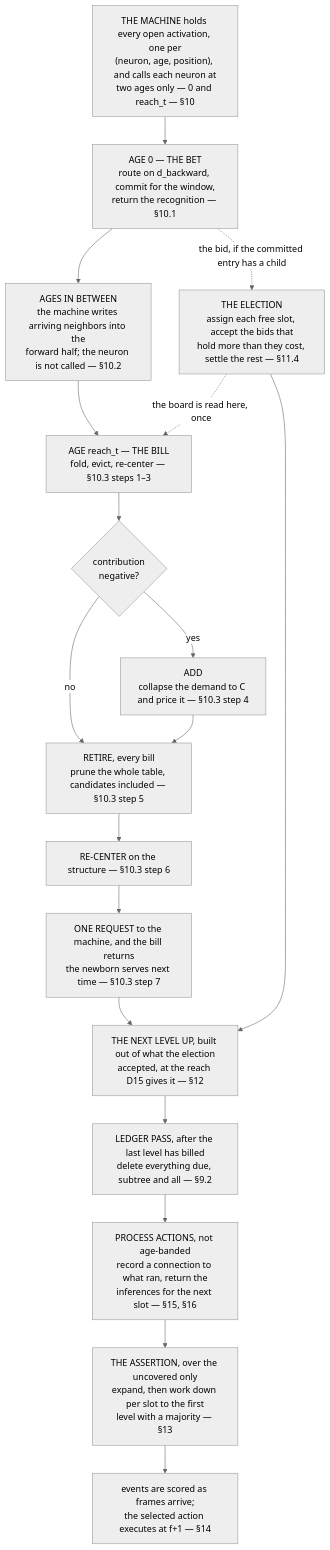
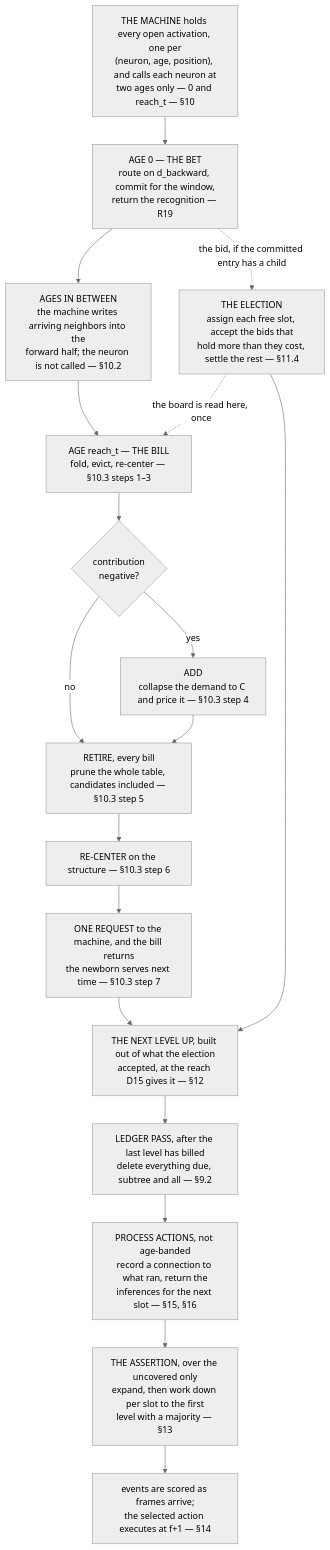
The diagram in docs/algorithm-remarks.md (cucar/robot_brain), drawn with Mermaid (neutral theme) before and after one commit. The commit also changed other lines of this file and 3 other files, not shown here.

````diff
--- a/docs/algorithm-remarks.md
+++ b/docs/algorithm-remarks.md
@@ -706,21 +746,21 @@
 ```mermaid
 flowchart TD
     A["THE MACHINE holds every open activation, one per<br/>(neuron, age, position), and calls each neuron at<br/>two ages only — 0 and reach_t — §10"]
-    A --> D["AGE 0 — THE BET<br/>route on d_backward, commit for the window,<br/>return the recognition — §10.1"]
+    A --> D["AGE 0 — THE BET<br/>route on d_backward, commit for the window,<br/>return the recognition — R19"]
     D -.->|"the bid, if the committed entry has a child"| X["THE ELECTION<br/>assign each free slot, accept the bids that<br/>hold more than they cost, settle the rest — §11.4"]
     D --> C["AGES IN BETWEEN<br/>the machine writes arriving neighbors into the<br/>forward half; the neuron is not called — §10.2"]
     C --> B["AGE reach_t — THE BILL<br/>fold, evict, re-center — §10.3 steps 1–3"]
     X -.->|"the board is read here, once"| B
     B --> L{"contribution<br/>negative?"}
     L -->|yes| M["ADD<br/>collapse the demand to C and price it — §10.3 step 4"]
     L -->|no| DEL
     M --> DEL["RETIRE, every bill<br/>prune the whole table, candidates included — §10.3 step 5"]
     DEL --> Q["RE-CENTER on the structure — §10.3 step 6"]
     Q --> P["ONE REQUEST to the machine, and the bill returns<br/>the newborn serves next time — §10.3 step 7"]
     P --> O["THE NEXT LEVEL UP, built out of what the election<br/>accepted, at the reach D15 gives it — §12"]
     X --> O
     O --> Z["LEDGER PASS, after the last level has billed<br/>delete everything due, subtree and all — §9.2"]
     Z --> W["PROCESS ACTIONS, not age-banded<br/>record a connection to what ran, return the<br/>inferences for the next slot — §15, §16"]
     W --> Y["THE ASSERTION, over the uncovered only<br/>expand, then work down per slot to the first<br/>level with a majority — §13"]
     Y --> EV["events are scored as frames arrive;<br/>the selected action executes at f+1 — §14"]
 ```
````
